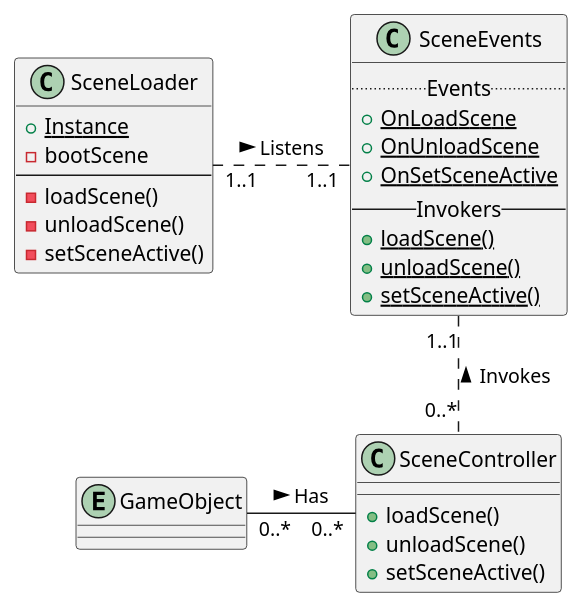
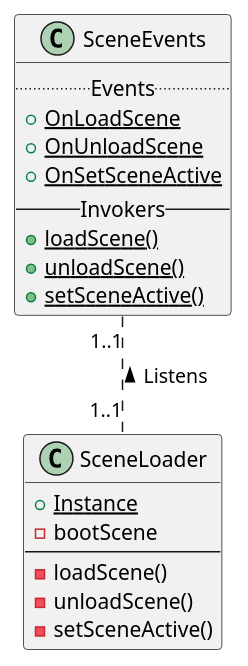
One commit to jskelly2021/Journey changed the diagram in UML/scenesystem.iuml. Above: the diagram before and after it, drawn with PlantUML. The commit also changed 5 other files, not shown here.

Commit message:
Updated UML and README

```diff
--- a/UML/scenesystem.iuml
+++ b/UML/scenesystem.iuml
@@ -1,32 +1,24 @@
 @startuml scenesystem
 class SceneLoader {
     {static} +Instance
     -bootScene
     --
     -loadScene()
     -unloadScene()
     -setSceneActive()
 }
 
 class SceneEvents {
     ..Events..
     {static} +OnLoadScene
     {static} +OnUnloadScene
     {static} +OnSetSceneActive
     --Invokers--
     {static} +loadScene()
     {static} +unloadScene()
     {static} +setSceneActive()
 }
 
-class SceneController {
-    +loadScene()
-    +unloadScene()
-    +setSceneActive()
-}
-entity GameObject
+SceneLoader    "1..1"   .up.    "1..1"    SceneEvents   : " Listens >"
 
-SceneLoader       "1..1 "  .right.    "1..1"     SceneEvents   : " Listens >"
-SceneController   "0..*"   .up.       "1..1"     SceneEvents   : " Invokes >"
-SceneController   "0..*"   -left-     "0..*"     GameObject    : " Has <"
 @enduml
```
